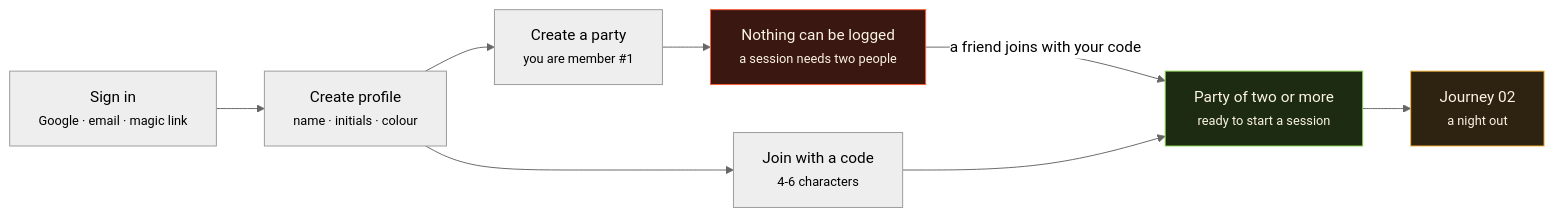
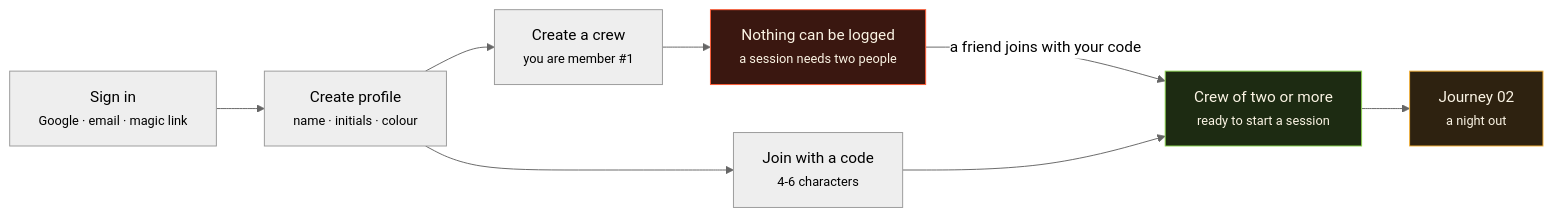
The first of 3 diagrams in docs/USER-JOURNEYS.md (FagerJ/onemillion), drawn with Mermaid (neutral theme) before and after one commit. The commit also changed other lines of this file and 14 other files, not shown here.

First line of the commit message:
Rename Party to Crew in the docs, and retake the screenshots

````diff
--- a/docs/USER-JOURNEYS.md
+++ b/docs/USER-JOURNEYS.md
@@ -15,17 +15,17 @@
 ```mermaid
 flowchart LR
   A["Sign in<br/><small>Google · email · magic link</small>"] --> B["Create profile<br/><small>name · initials · colour</small>"]
-  B --> C["Create a party<br/><small>you are member #1</small>"]
+  B --> C["Create a crew<br/><small>you are member #1</small>"]
   B --> D["Join with a code<br/><small>4-6 characters</small>"]
   C --> E["Nothing can be logged<br/><small>a session needs two people</small>"]
   E -->|"a friend joins with your code"| F
-  D --> F["Party of two or more<br/><small>ready to start a session</small>"]
+  D --> F["Crew of two or more<br/><small>ready to start a session</small>"]
   F --> G["Journey 02<br/><small>a night out</small>"]
 
   classDef dead fill:#3a1710,stroke:#FF5B35,color:#FBF4E4
   classDef good fill:#1d2b12,stroke:#8BD450,color:#FBF4E4
   classDef gold fill:#2e2210,stroke:#F5B23A,color:#FBF4E4
   class E dead
   class F good
   class G gold
 ```
````
